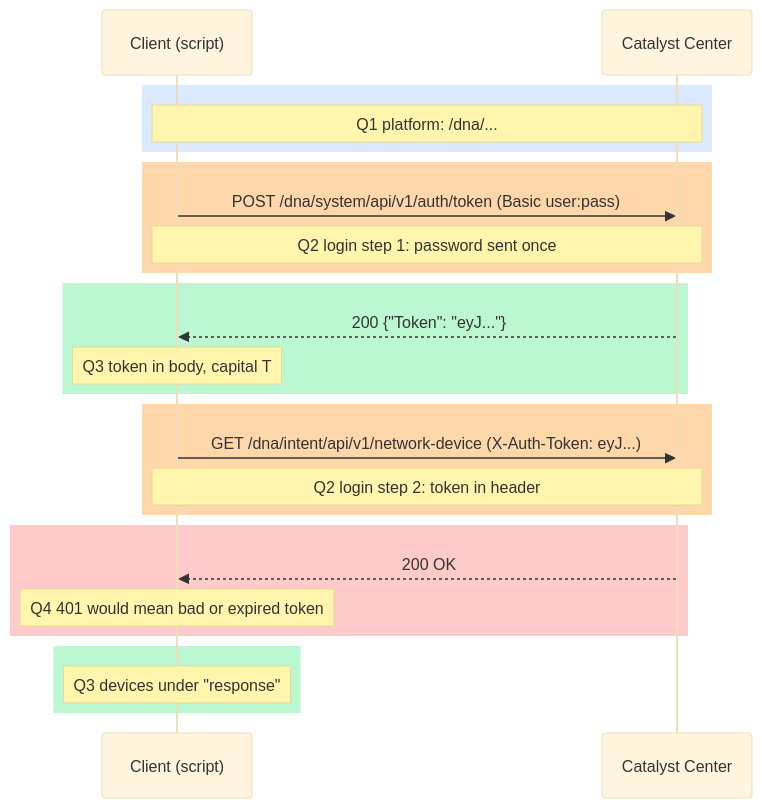
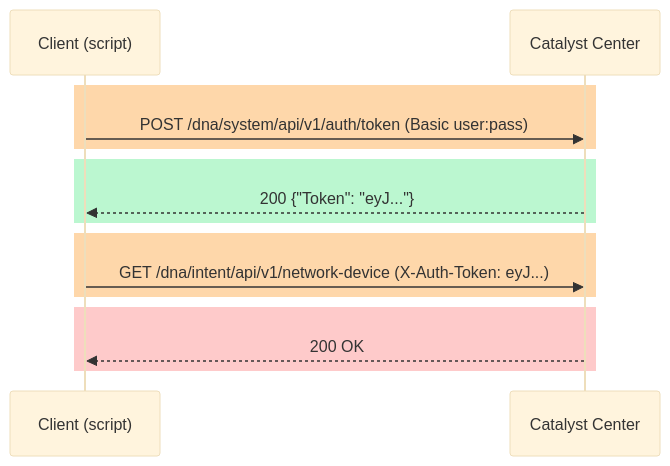
Before and after one commit to beedydo/ccna-auto-study-notes: the second of 5 diagrams in bob-essentials/T51-summary-examples-rest-and-dict-parsing.md, drawn with Mermaid (base theme). The commit also changed other lines of this file, not shown here.

Commit message:
T51 essentials: remove Q labels from Example 3 diagrams

````diff
--- a/bob-essentials/T51-summary-examples-rest-and-dict-parsing.md
+++ b/bob-essentials/T51-summary-examples-rest-and-dict-parsing.md
@@ -237,27 +230,17 @@
 ```mermaid
 sequenceDiagram
     participant C as Client (script)
     participant S as Catalyst Center
-    rect rgb(219,234,254)
-    Note over C,S: Q1 platform: /dna/...
-    end
     rect rgb(254,215,170)
     C->>S: POST /dna/system/api/v1/auth/token (Basic user:pass)
-    Note over C,S: Q2 login step 1: password sent once
     end
     rect rgb(187,247,208)
     S-->>C: 200 {"Token": "eyJ..."}
-    Note over C: Q3 token in body, capital T
     end
     rect rgb(254,215,170)
     C->>S: GET /dna/intent/api/v1/network-device (X-Auth-Token: eyJ...)
-    Note over C,S: Q2 login step 2: token in header
     end
     rect rgb(254,202,202)
     S-->>C: 200 OK
-    Note over C: Q4 401 would mean bad or expired token
-    end
-    rect rgb(187,247,208)
-    Note over C: Q3 devices under "response"
     end
 ```
````
